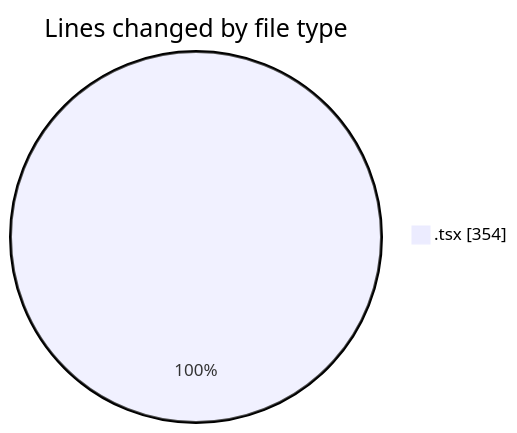
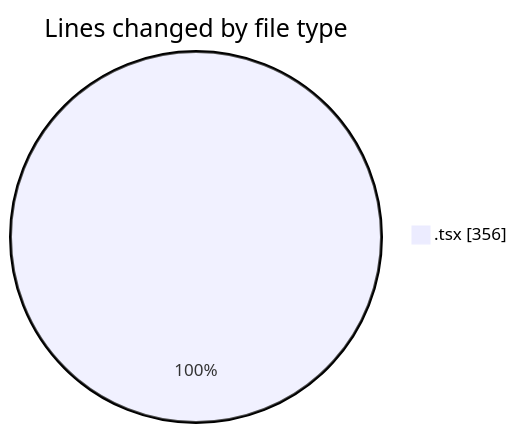
The first of 2 diagrams in 2025-05-28/kimberly-groups/README.md (JenPaints/code-tracking), drawn with Mermaid before and after one commit. The commit also changed other lines of this file and 1 other file, not shown here.

````diff
--- a/2025-05-28/kimberly-groups/README.md
+++ b/2025-05-28/kimberly-groups/README.md
@@ -23,5 +23,5 @@
 ```mermaid
 pie showData
 title Lines changed by file type
-".tsx" : 354
+".tsx" : 356
 ```
````
